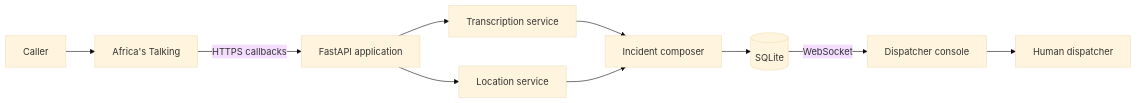
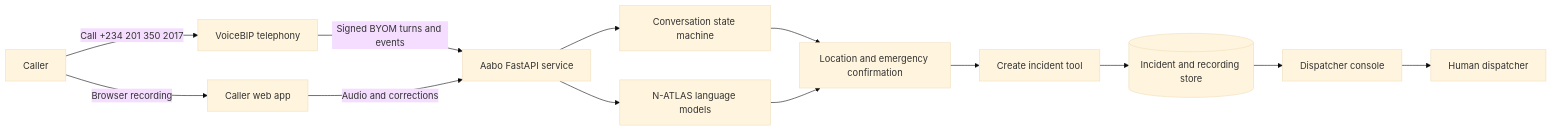
The diagram in README.md (emmytwinchimdiebere/Aabo), drawn with Mermaid (base theme) before and after one commit. The commit also changed other lines of this file and 70 other files, not shown here.

Commit message:
feat: complete Aabo emergency intake foundation

````diff
--- a/README.md
+++ b/README.md
@@ -21,12 +41,15 @@
 ```mermaid
 flowchart LR
-    Caller[Caller] --> Provider[Africa's Talking]
-    Provider -->|HTTPS callbacks| API[FastAPI application]
-    API --> ASR[Transcription service]
-    API --> Location[Location service]
-    ASR --> Incident[Incident composer]
-    Location --> Incident
-    Incident --> DB[(SQLite)]
-    DB -->|WebSocket| Console[Dispatcher console]
-    Console --> Dispatcher[Human dispatcher]
+    Caller[Caller] -->|Call +234 201 350 2017| VoiceBIP[VoiceBIP telephony]
+    Caller -->|Browser recording| Web[Caller web app]
+    VoiceBIP -->|Signed BYOM turns and events| API[Aabo FastAPI service]
+    Web -->|Audio and corrections| API
+    API --> Agent[Conversation state machine]
+    API --> ASR[N-ATLAS language models]
+    Agent --> Confirm[Location and emergency confirmation]
+    ASR --> Confirm
+    Confirm --> Tool[Create incident tool]
+    Tool --> Store[(Incident and recording store)]
+    Store --> Console[Dispatcher console]
+    Console --> Human[Human dispatcher]
 ```
````
